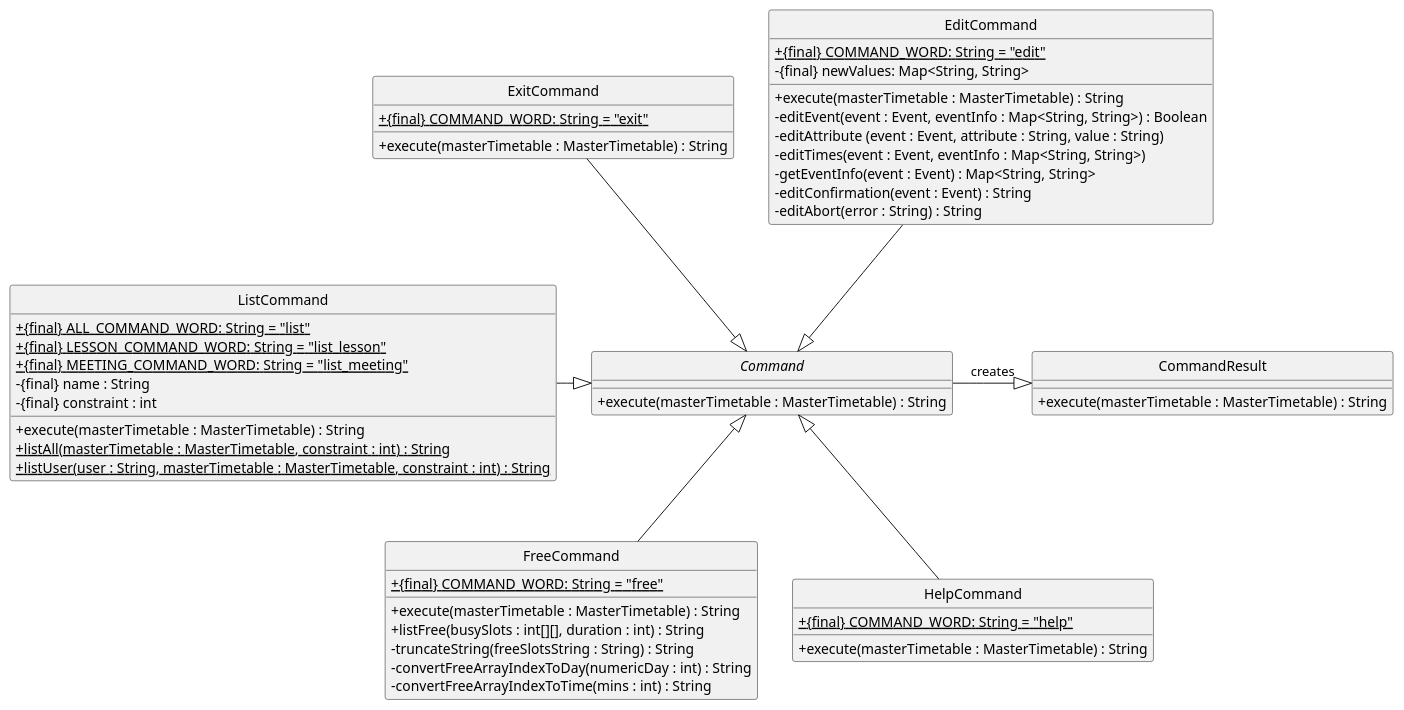
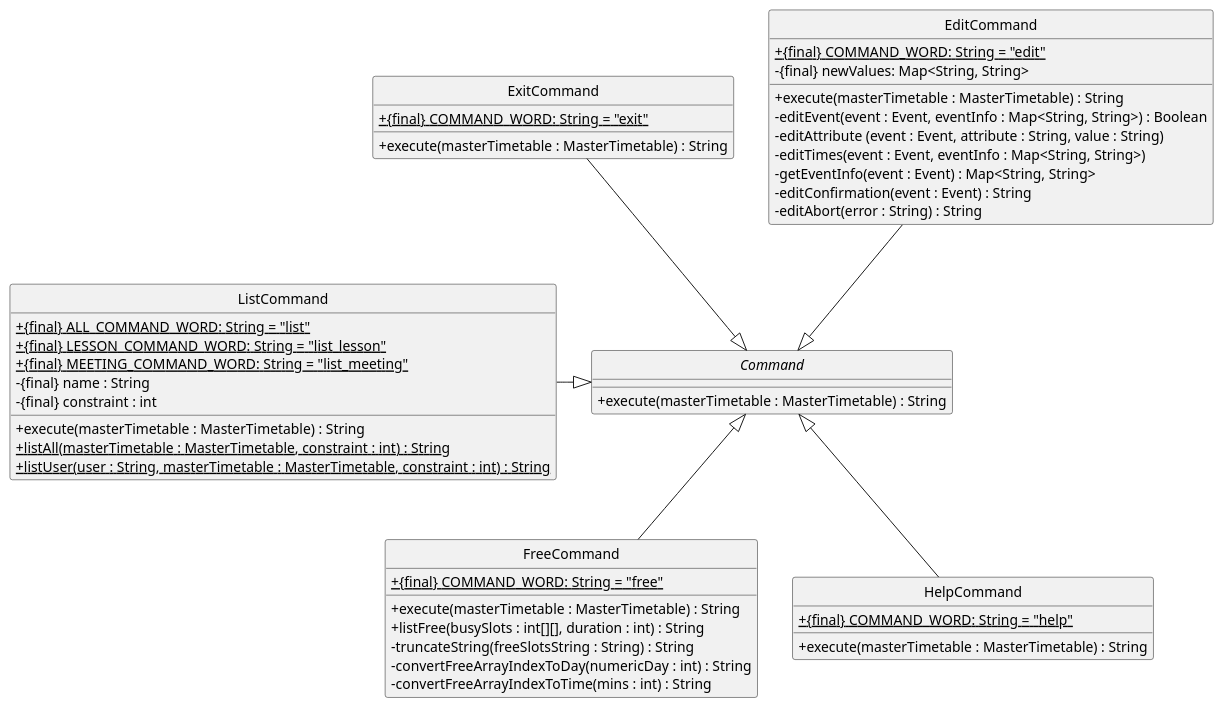
One commit to nus-cs2113-AY2122S2/tp changed the diagram in docs/diagrams/CommandClassDiagram2.puml. Above: the diagram before and after it, drawn with PlantUML. The commit also changed 7 other files, not shown here.

Commit message:
Change sequence diagram

```diff
--- a/docs/diagrams/CommandClassDiagram2.puml
+++ b/docs/diagrams/CommandClassDiagram2.puml
@@ -1,64 +1,59 @@
 @startuml
 'https://plantuml.com/class-diagram
 
 hide circle
 skinparam classAttributeIconSize 0
 
 Command <|-up- EditCommand
 Command <|-up- ExitCommand
 Command <|-- FreeCommand
 Command <|-- HelpCommand
-Command -right-|> CommandResult : creates
 Command <|-left- ListCommand
-
-class CommandResult {
-+ execute(masterTimetable : MasterTimetable) : String
-}
 
 abstract class Command {
 + execute(masterTimetable : MasterTimetable) : String
 }
 
 class EditCommand {
 + {static} {final} COMMAND_WORD: String = "edit"
 - {final} newValues: Map<String, String>
 + execute(masterTimetable : MasterTimetable) : String
 - editEvent(event : Event, eventInfo : Map<String, String>) : Boolean
 - editAttribute (event : Event, attribute : String, value : String)
 - editTimes(event : Event, eventInfo : Map<String, String>)
 - getEventInfo(event : Event) : Map<String, String>
 - editConfirmation(event : Event) : String
 - editAbort(error : String) : String
 }
 
 class ExitCommand {
 + {static} {final} COMMAND_WORD: String = "exit"
 + execute(masterTimetable : MasterTimetable) : String
 }
 
 class FreeCommand {
 + {static} {final} COMMAND_WORD: String = "free"
 + execute(masterTimetable : MasterTimetable) : String
 + listFree(busySlots : int[][], duration : int) : String
 - truncateString(freeSlotsString : String) : String
 - convertFreeArrayIndexToDay(numericDay : int) : String
 - convertFreeArrayIndexToTime(mins : int) : String
 }
 
 class HelpCommand {
 + {static} {final} COMMAND_WORD: String = "help"
 + execute(masterTimetable : MasterTimetable) : String
 }
 
 class ListCommand {
 + {static} {final} ALL_COMMAND_WORD: String = "list"
 + {static} {final} LESSON_COMMAND_WORD: String = "list_lesson"
 + {static} {final} MEETING_COMMAND_WORD: String = "list_meeting"
 - {final} name : String
 - {final} constraint : int
 + execute(masterTimetable : MasterTimetable) : String
 + {static} listAll(masterTimetable : MasterTimetable, constraint : int) : String
 + {static} listUser(user : String, masterTimetable : MasterTimetable, constraint : int) : String
 }
 
 @enduml
```
